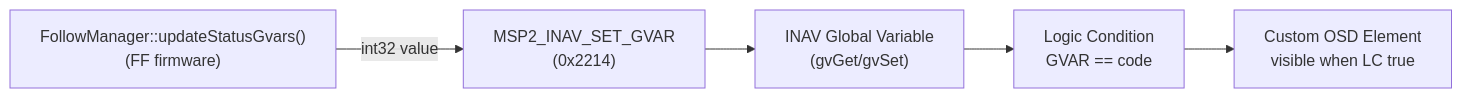
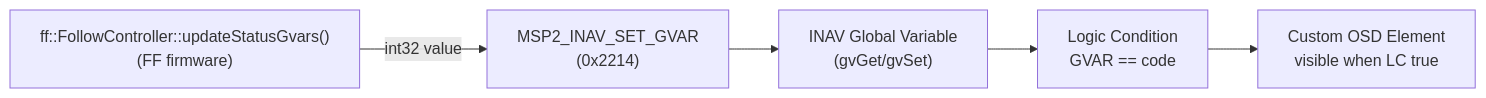
Before and after one commit to FormationFlight/FormationFlight: the diagram in docs/explainers/inav-osd-follow-status.md, drawn with Mermaid. The commit also changed other lines of this file and 17 other files, not shown here.

````diff
--- a/docs/explainers/inav-osd-follow-status.md
+++ b/docs/explainers/inav-osd-follow-status.md
@@ -11,10 +14,10 @@
 ```mermaid
 flowchart LR
-    FF["FollowManager::updateStatusGvars()<br/>(FF firmware)"]
+    FF["ff::FollowController::updateStatusGvars()<br/>(FF firmware)"]
     MSP["MSP2_INAV_SET_GVAR<br/>(0x2214)"]
     GV["INAV Global Variable<br/>(gvGet/gvSet)"]
     LC["Logic Condition<br/>GVAR == code"]
     OSD["Custom OSD Element<br/>visible when LC true"]
 
     FF -->|"int32 value"| MSP --> GV --> LC --> OSD
 ```
````
